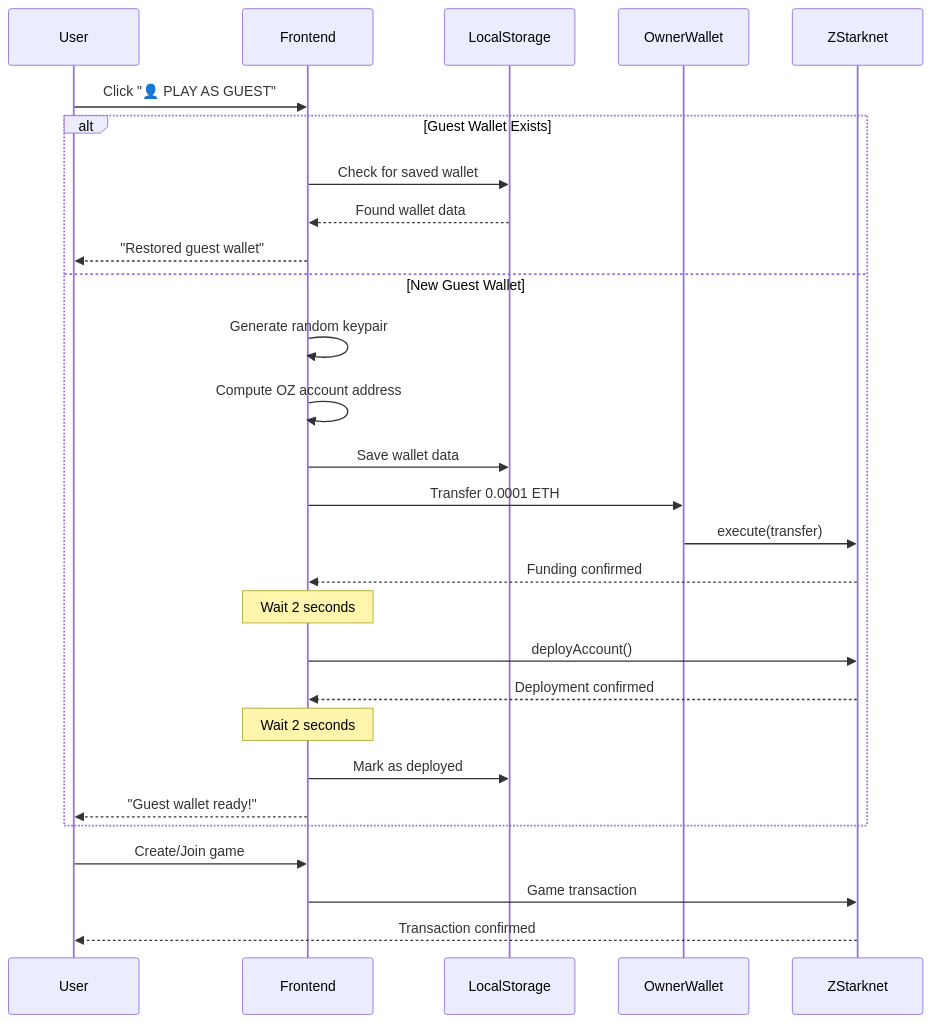
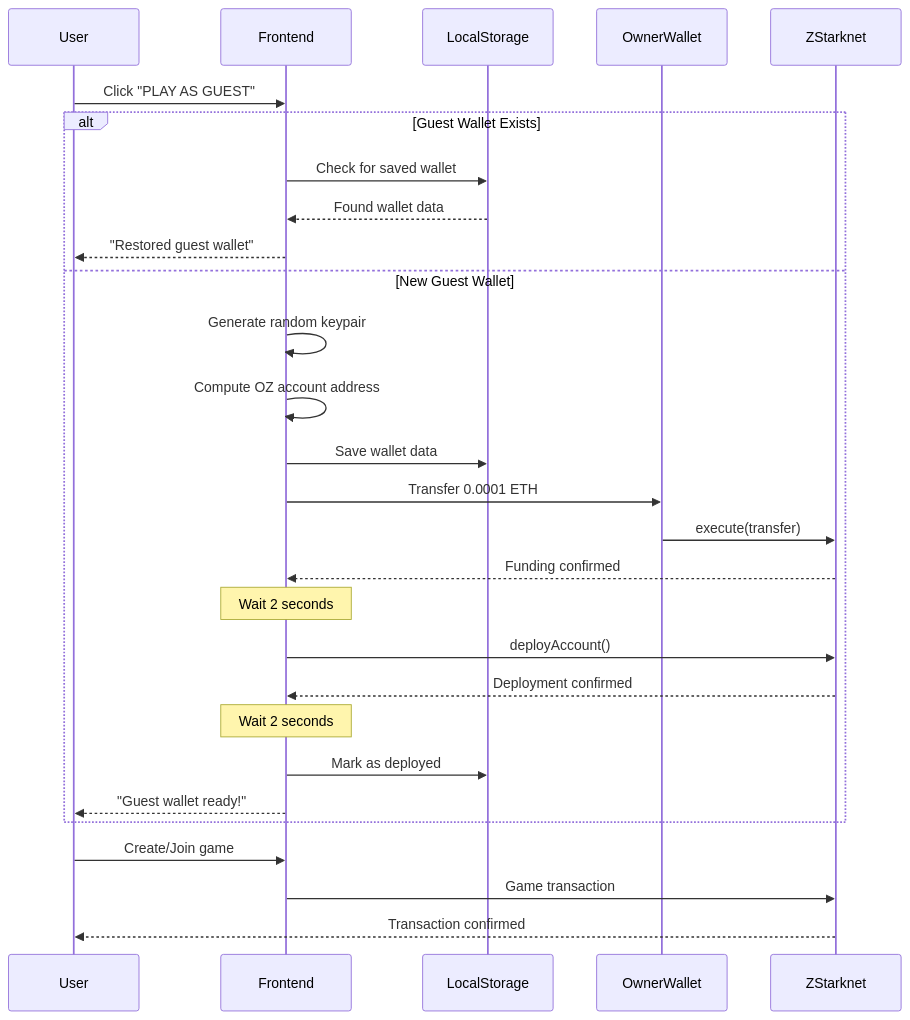
One commit to dubzn/liars-proof changed the fifth of 5 diagrams in GAME_FLOW.md. Above: the diagram before and after it, drawn with Mermaid. The commit also changed 1 other file, not shown here.

Commit message:
refactor: streamline guest wallet connection process with progress updates and remove emoji from button text

````diff
--- a/GAME_FLOW.md
+++ b/GAME_FLOW.md
@@ -336,38 +336,38 @@
 ```mermaid
 sequenceDiagram
     participant User
     participant Frontend
     participant LocalStorage
     participant OwnerWallet
     participant ZStarknet
 
-    User->>Frontend: Click "👤 PLAY AS GUEST"
+    User->>Frontend: Click "PLAY AS GUEST"
 
     alt Guest Wallet Exists
         Frontend->>LocalStorage: Check for saved wallet
         LocalStorage-->>Frontend: Found wallet data
         Frontend-->>User: "Restored guest wallet"
     else New Guest Wallet
         Frontend->>Frontend: Generate random keypair
         Frontend->>Frontend: Compute OZ account address
         Frontend->>LocalStorage: Save wallet data
 
         Frontend->>OwnerWallet: Transfer 0.0001 ETH
         OwnerWallet->>ZStarknet: execute(transfer)
         ZStarknet-->>Frontend: Funding confirmed
 
         Note over Frontend: Wait 2 seconds
 
         Frontend->>ZStarknet: deployAccount()
         ZStarknet-->>Frontend: Deployment confirmed
 
         Note over Frontend: Wait 2 seconds
 
         Frontend->>LocalStorage: Mark as deployed
         Frontend-->>User: "Guest wallet ready!"
     end
 
     User->>Frontend: Create/Join game
     Frontend->>ZStarknet: Game transaction
     ZStarknet-->>User: Transaction confirmed
 ```
````
